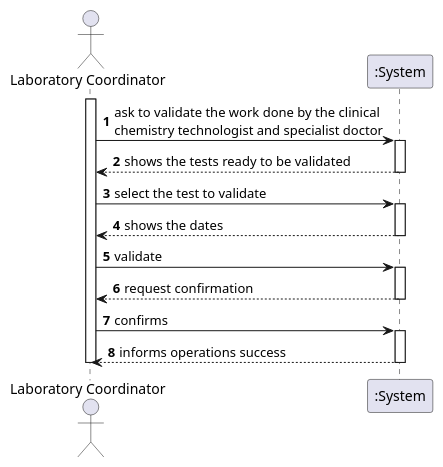
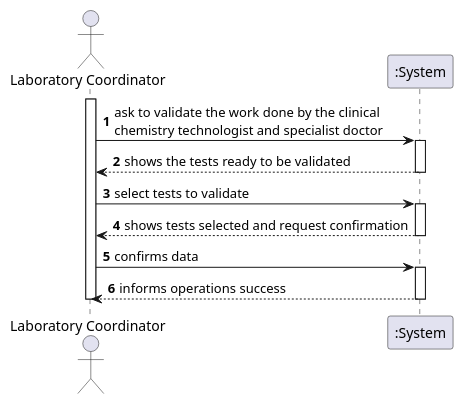
One commit to Pedromaia26/LAPR2-ISEP changed the diagram in docs/SprintC/US15_ValidateTheWorkDone/US15_SSD.puml. Above: the diagram before and after it, drawn with PlantUML.

Commit message:
US15 SSD create .puml file

```diff
--- a/docs/SprintC/US15_ValidateTheWorkDone/US15_SSD.puml
+++ b/docs/SprintC/US15_ValidateTheWorkDone/US15_SSD.puml
@@ -1,24 +1,20 @@
 @startuml
 actor "Laboratory Coordinator" as Adm
 participant ":System" as System
 
 autonumber
 activate Adm
 Adm -> System: ask to validate the work done by the clinical \nchemistry technologist and specialist doctor
 activate System
 System --> Adm: shows the tests ready to be validated
 deactivate System
-Adm -> System: select the test to validate
+Adm -> System: select tests to validate
 activate System
-System --> Adm: shows the dates
+System --> Adm: shows tests selected and request confirmation
 deactivate System
-Adm -> System: validate
-activate System
-System --> Adm: request confirmation
-deactivate System
-Adm -> System: confirms
+Adm -> System: confirms data
 activate System
 System --> Adm: informs operations success
 deactivate System
 deactivate Adm
 @enduml
```
